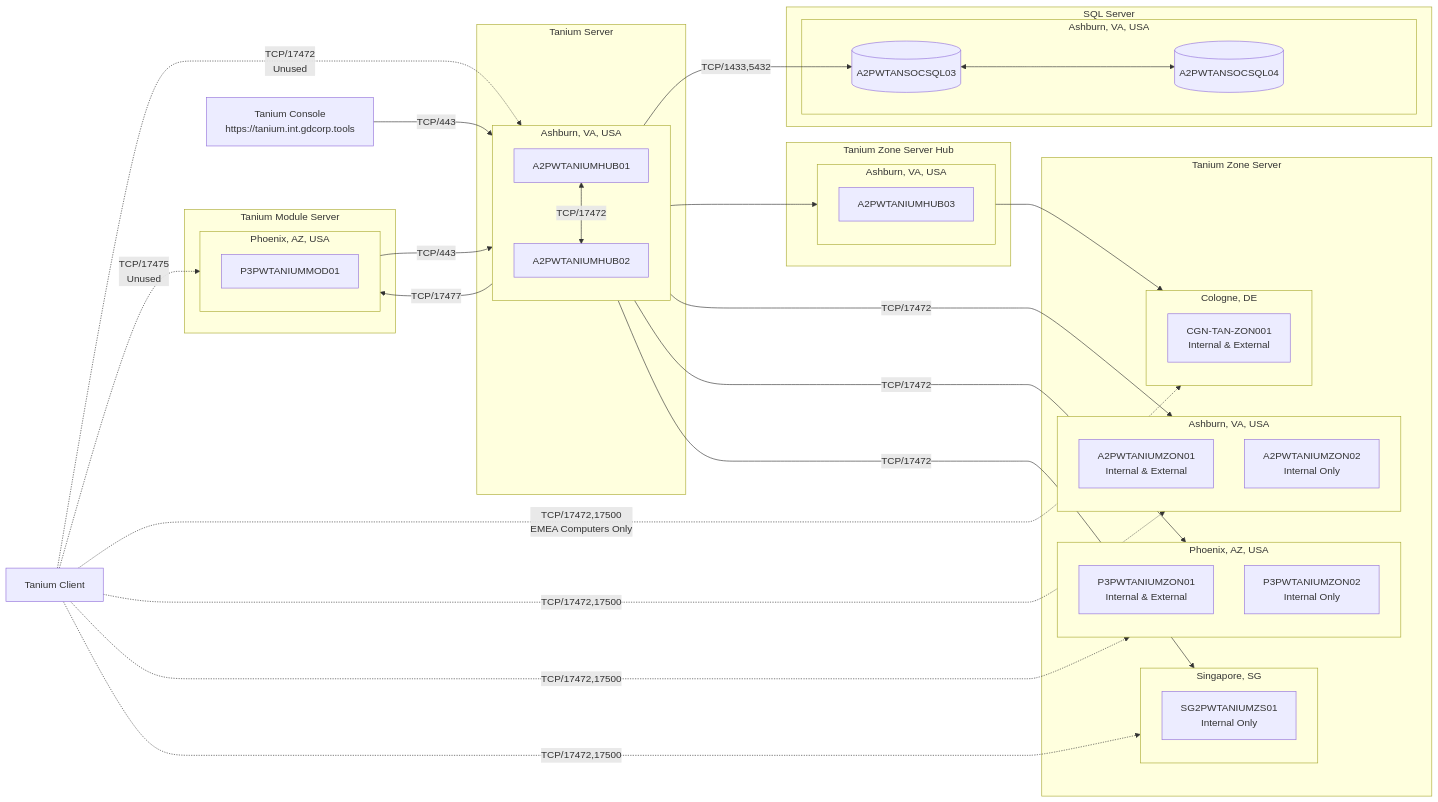
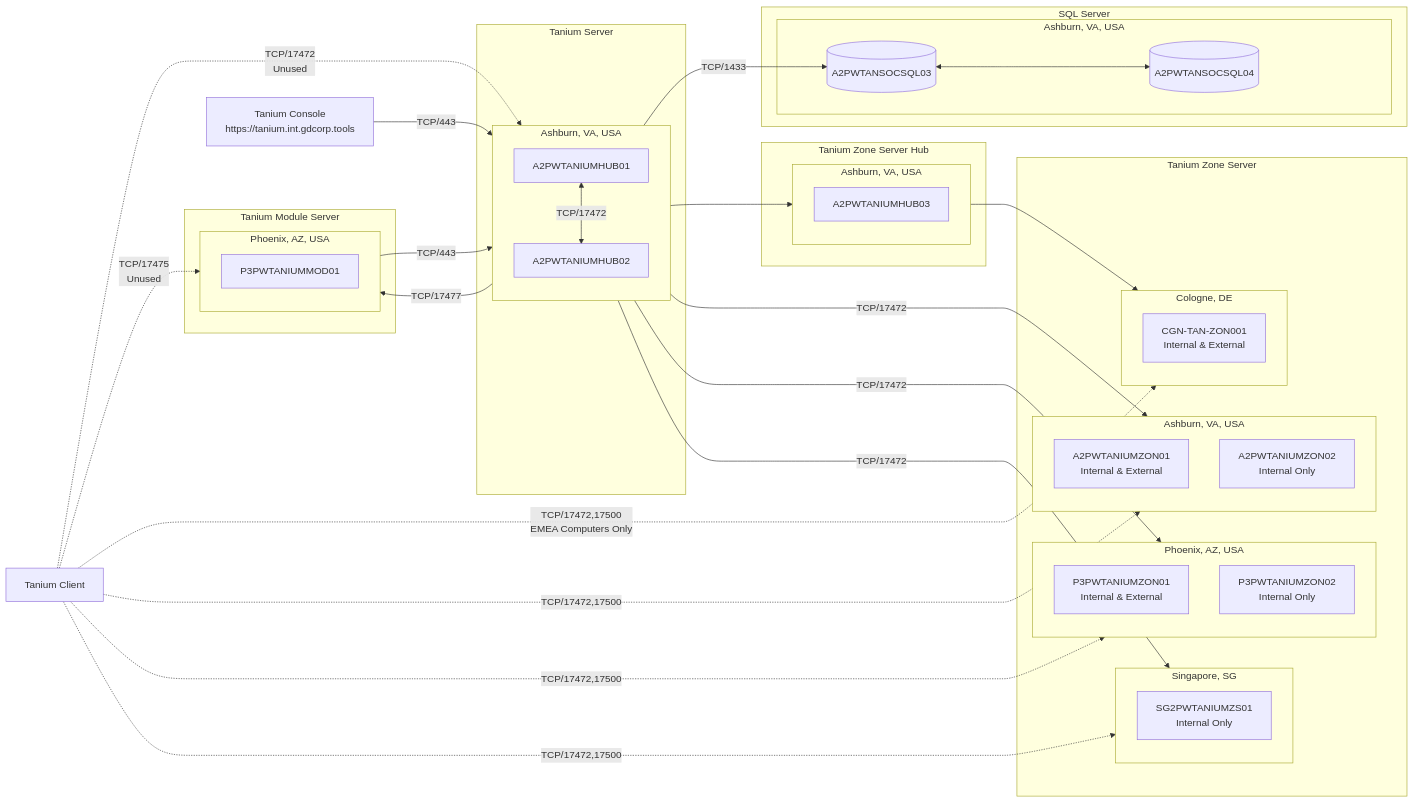
The diagram in docs/diagrams/src/tanium-architecture-prod-us.mmd (gdsec-test/tsa-tanium-config), drawn with Mermaid before and after one commit.

Commit message:
Update SQL port description

```diff
--- a/docs/diagrams/src/tanium-architecture-prod-us.mmd
+++ b/docs/diagrams/src/tanium-architecture-prod-us.mmd
@@ -1,72 +1,72 @@
 flowchart LR
     %% Define nodes and subgraphs
     subgraph TS["Tanium Server"]
         subgraph TS_A2["Ashburn, VA, USA"]
             TS_A2_1["A2PWTANIUMHUB01"]
             TS_A2_2["A2PWTANIUMHUB02"]
             TS_A2_1 <-->|"TCP/17472"| TS_A2_2
         end
     end
     subgraph MS["Tanium Module Server"]
         subgraph MS_P3["Phoenix, AZ, USA"]
             MS_P3_1["P3PWTANIUMMOD01"]
         end
     end
     subgraph ZS["Tanium Zone Server"]
         subgraph ZS_A2["Ashburn, VA, USA"]
             ZS_A2_1["A2PWTANIUMZON01<br/>Internal & External"]
             ZS_A2_2["A2PWTANIUMZON02<br/>Internal Only"]
         end
         subgraph ZS_P3["Phoenix, AZ, USA"]
             ZS_P3_1["P3PWTANIUMZON01<br/>Internal & External"]
             ZS_P3_2["P3PWTANIUMZON02<br/>Internal Only"]
         end
         subgraph ZS_SG2["Singapore, SG"]
             ZS_SG2_1["SG2PWTANIUMZS01<br/>Internal Only"]
         end
         subgraph ZS_CGN["Cologne, DE"]
             ZS_CGN_1["CGN-TAN-ZON001<br/>Internal & External"]
         end
     end
     subgraph ZH["Tanium Zone Server Hub"]
         subgraph ZH_A2["Ashburn, VA, USA"]
             ZH_A2_1["A2PWTANIUMHUB03"]
         end
     end
     subgraph SQL["SQL Server"]
         subgraph SQL_A2["Ashburn, VA, USA"]
             SQL_A2_3[("A2PWTANSOCSQL03")]
             SQL_A2_4[("A2PWTANSOCSQL04")]
             SQL_A2_3 <--> SQL_A2_4
         end
     end
     
     %% Define nodes not part of a subgraph
     TaniumClient["Tanium Client"]
     TaniumConsole["Tanium Console<br/>https://tanium.int.gdcorp.tools"]
 
     %% Define relationships
     TS_A2 -->|"TCP/17477"| MS_P3
     MS_P3 -->|"TCP/443"| TS_A2
-    TS_A2 -->|"TCP/1433,5432"| SQL_A2_3
+    TS_A2 -->|"TCP/1433"| SQL_A2_3
     TS_A2 --> ZH_A2
     TS_A2 -->|"TCP/17472"| ZS_A2
     TS_A2 -->|"TCP/17472"| ZS_P3
     TS_A2 -->|"TCP/17472"| ZS_SG2
     ZH_A2 --> ZS_CGN
     TaniumClient -.->|"TCP/17472<br/>Unused"| TS_A2
     TaniumClient -.->|"TCP/17475<br/>Unused"| MS_P3
     TaniumClient -.->|"TCP/17472,17500<br/>EMEA Computers Only"| ZS_CGN
     TaniumClient -.->|"TCP/17472,17500"| ZS_A2
     TaniumClient -.->|"TCP/17472,17500"| ZS_P3
     TaniumClient -.->|"TCP/17472,17500"| ZS_SG2
     TaniumConsole -->|"TCP/443"| TS_A2
     
     %% Add hyperlinks
     click TaniumConsole "https://tanium.int.gdcorp.tools" "Tanium Console (VPN Required)"
 
     %% Define styles
     classDef className fill:#f9f,stroke:#333,stroke-width:4px;
     
     %% Assign styles
     %%class TaniumClient,TaniumClient_EMEA,Internal,Console className;
```
